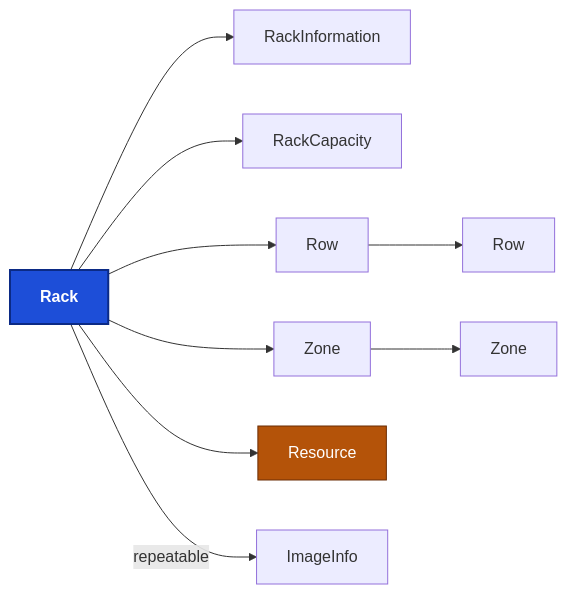
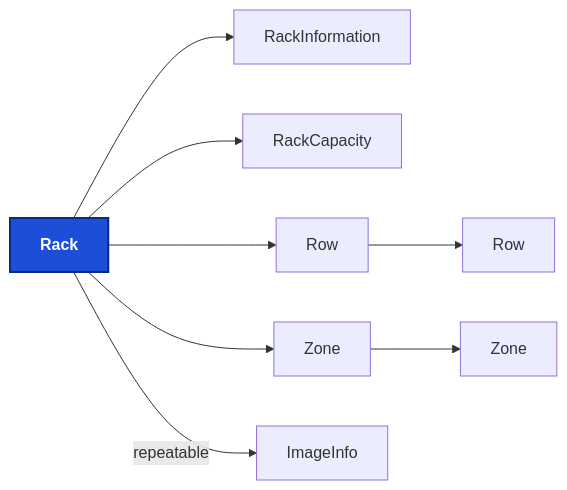
Diagram 22 of 38 in docs/canon/CAN-001-dom-structure.md (SkylineCommunications/SLC-SDM-InfraOps), drawn with Mermaid before and after one commit. The commit also changed other lines of this file and 32 other files, not shown here.

````diff
--- a/docs/canon/CAN-001-dom-structure.md
+++ b/docs/canon/CAN-001-dom-structure.md
@@ -1340,26 +1330,23 @@
 ```mermaid
 flowchart LR
     D["<b>Rack</b>"]
     S1["RackInformation"]
     S2["RackCapacity"]
     S3["Row"]
     S4["Zone"]
-    S5["Resource"]
-    S6["ImageInfo"]
+    S5["ImageInfo"]
     T_row["Row"]
     T_zone["Zone"]
 
     D --> S1
     D --> S2
     D --> S3
     S3 --> T_row
     D --> S4
     S4 --> T_zone
-    D --> S5
-    D -- "repeatable" --> S6
+    D -- "repeatable" --> S5
     classDef def fill:#1d4ed8,stroke:#0b2a85,color:#ffffff,stroke-width:2px
     classDef shared fill:#b45309,stroke:#6b2d05,color:#ffffff
     classDef other fill:#4b5563,stroke:#1f2937,color:#ffffff
     class D def
-    class S5 shared
 ```
````
